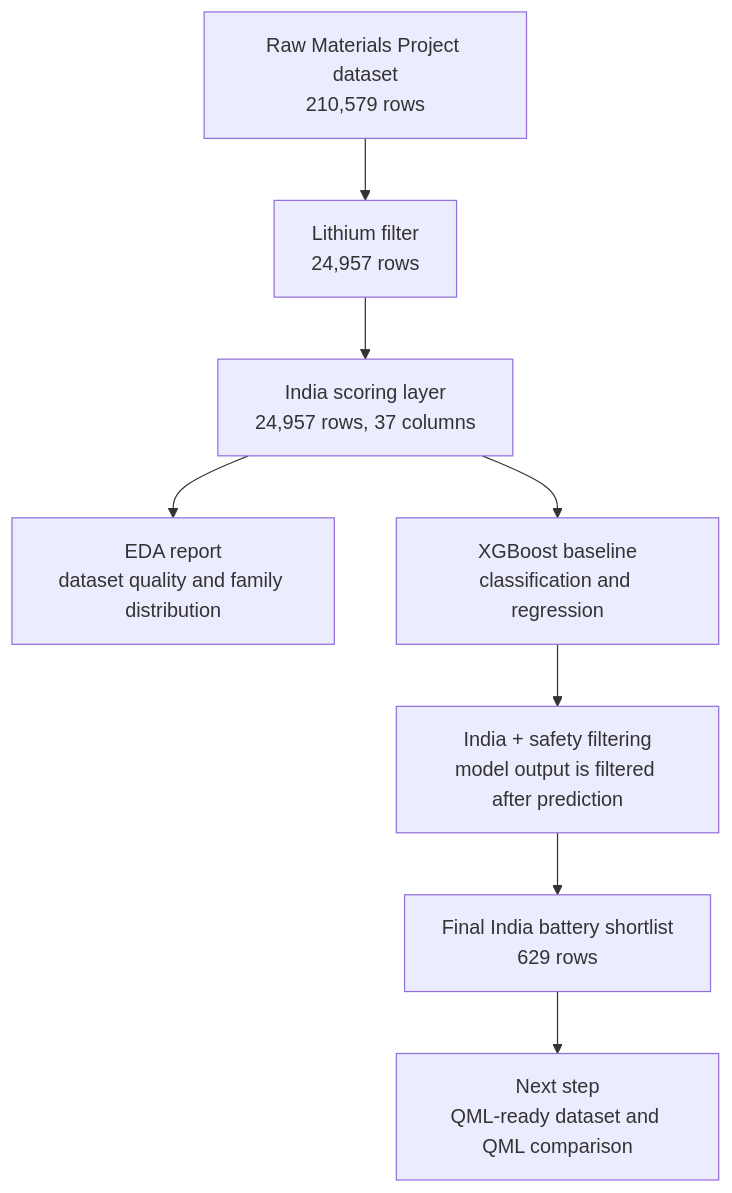
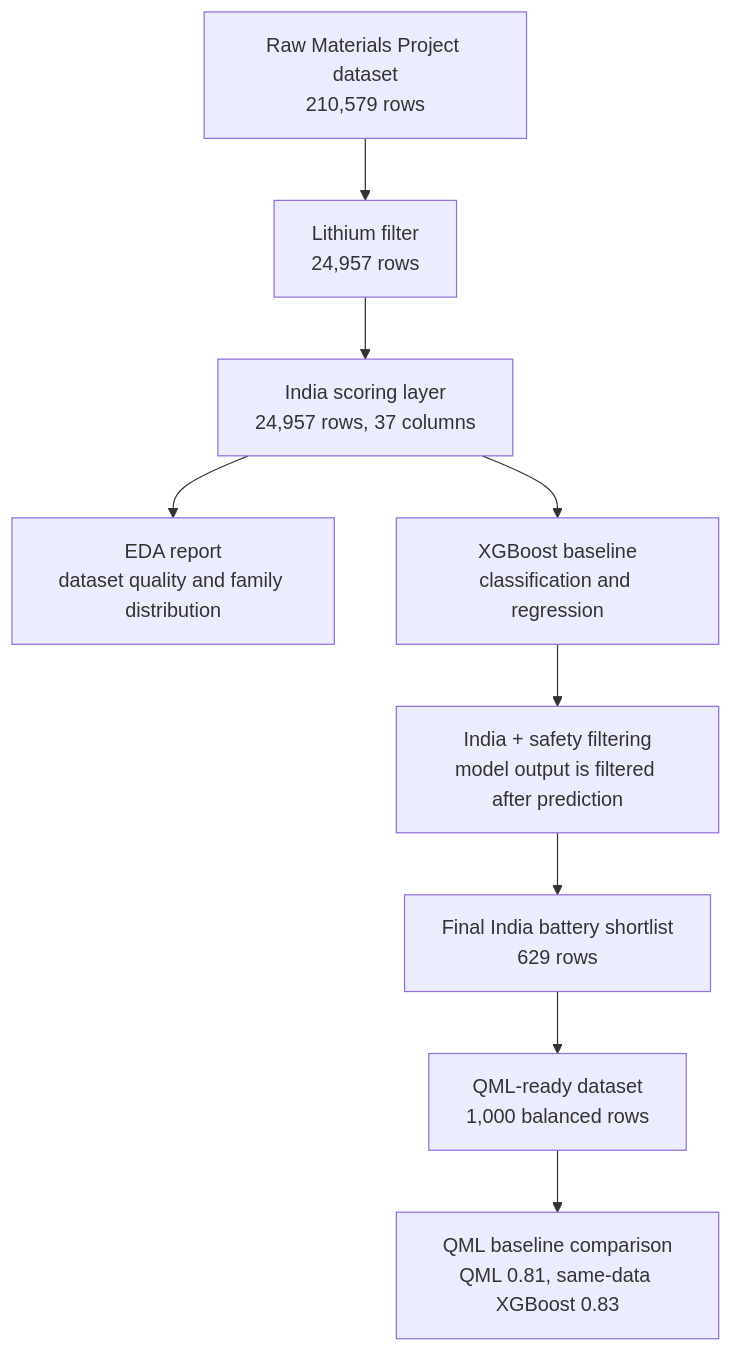
The diagram in Summer Vacation/data/metadata/project_pipeline_summary.md (lifeknife10A/hybrid-quantum-battery-stability-prediction), drawn with Mermaid before and after one commit. The commit also changed other lines of this file and 9 other files, not shown here.

Commit message:
Train QML baseline classifier

````diff
--- a/Summer Vacation/data/metadata/project_pipeline_summary.md
+++ b/Summer Vacation/data/metadata/project_pipeline_summary.md
@@ -36,10 +36,11 @@
 ```mermaid
 flowchart TD
     A["Raw Materials Project dataset<br/>210,579 rows"] --> B["Lithium filter<br/>24,957 rows"]
     B --> C["India scoring layer<br/>24,957 rows, 37 columns"]
     C --> D["EDA report<br/>dataset quality and family distribution"]
     C --> E["XGBoost baseline<br/>classification and regression"]
     E --> F["India + safety filtering<br/>model output is filtered after prediction"]
     F --> G["Final India battery shortlist<br/>629 rows"]
-    G --> H["Next step<br/>QML-ready dataset and QML comparison"]
+    G --> H["QML-ready dataset<br/>1,000 balanced rows"]
+    H --> I["QML baseline comparison<br/>QML 0.81, same-data XGBoost 0.83"]
 ```
````
